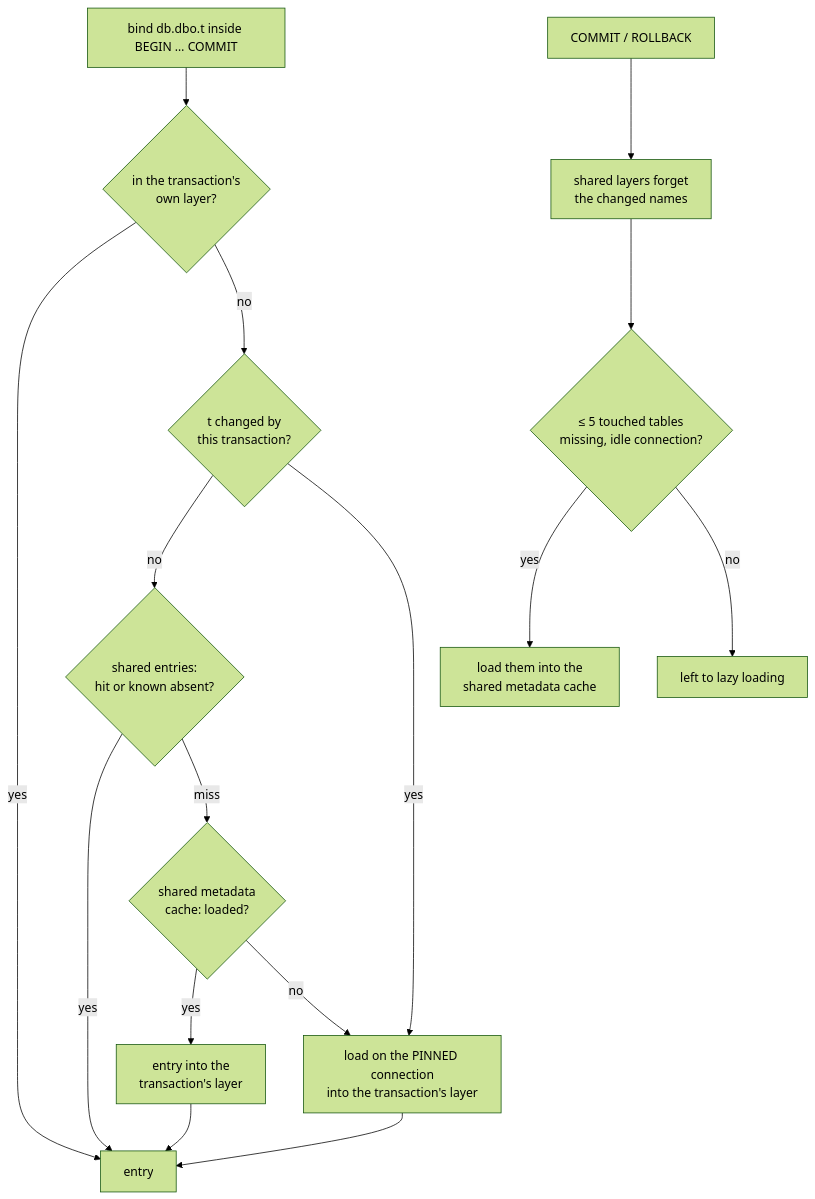
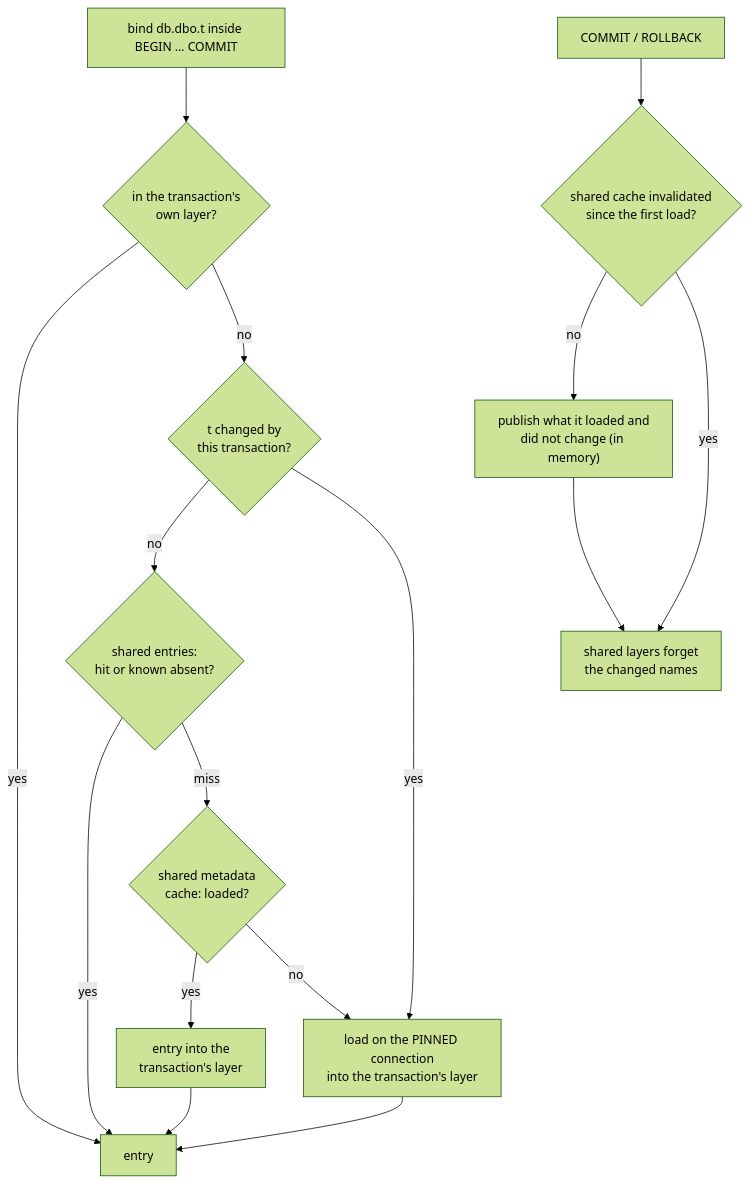
Before and after one commit to hugr-lab/mssql-extension: diagram 11 of 15 in DATAMODEL.md, drawn with Mermaid (forest theme). The commit also changed other lines of this file and 22 other files, not shown here.

````diff
--- a/DATAMODEL.md
+++ b/DATAMODEL.md
@@ -549,18 +554,18 @@
 ```mermaid
 flowchart TD
     Q["bind db.dbo.t inside BEGIN … COMMIT"] --> L{"in the transaction's<br/>own layer?"}
     L -- yes --> E["entry"]
     L -- no --> C{"t changed by<br/>this transaction?"}
     C -- no --> S{"shared entries:<br/>hit or known absent?"}
     S -- yes --> E
     S -- miss --> M{"shared metadata<br/>cache: loaded?"}
     M -- yes --> T["entry into the<br/>transaction's layer"]
     T --> E
     M -- no --> P
     C -- yes --> P["load on the PINNED connection<br/>into the transaction's layer"]
     P --> E
-    X["COMMIT / ROLLBACK"] --> F["shared layers forget<br/>the changed names"]
-    F --> W{"≤ 5 touched tables<br/>missing, idle connection?"}
-    W -- yes --> G["load them into the<br/>shared metadata cache"]
-    W -- no --> Z["left to lazy loading"]
+    X["COMMIT / ROLLBACK"] --> U{"shared cache invalidated<br/>since the first load?"}
+    U -- no --> G["publish what it loaded and<br/>did not change (in memory)"]
+    U -- yes --> F
+    G --> F["shared layers forget<br/>the changed names"]
 ```
````
